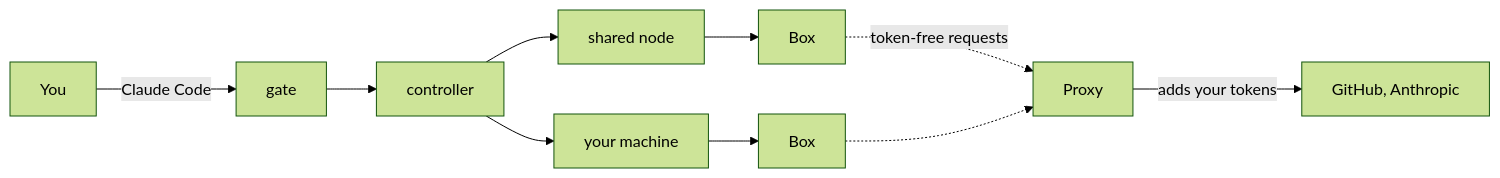
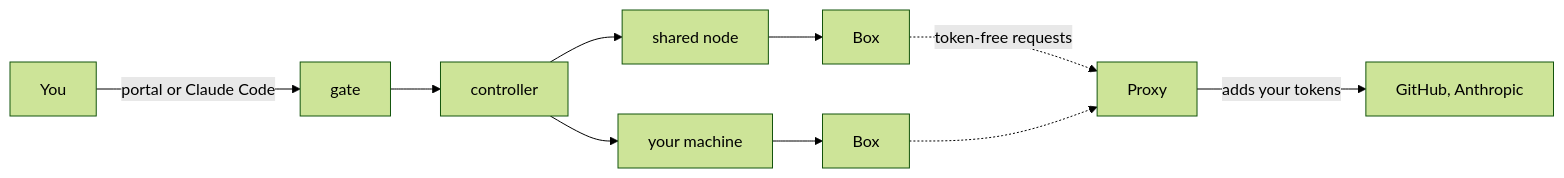
The diagram in README.md (IniZio/moor), drawn with Mermaid (forest theme) before and after one commit. The commit also changed other lines of this file and 37 other files, not shown here.

````diff
--- a/README.md
+++ b/README.md
@@ -23,12 +25,12 @@
 ```mermaid
 flowchart LR
-	P[You] -->|Claude Code| G[gate]
+	P[You] -->|portal or Claude Code| G[gate]
 	G --> C[controller]
 	C --> N1[shared node]
 	C --> N2[your machine]
 	N1 --> B1[Box]
 	N2 --> B2[Box]
 	B1 -. token-free requests .-> X[Proxy]
 	B2 -.-> X
 	X -->|adds your tokens| A[GitHub, Anthropic]
 ```
````
